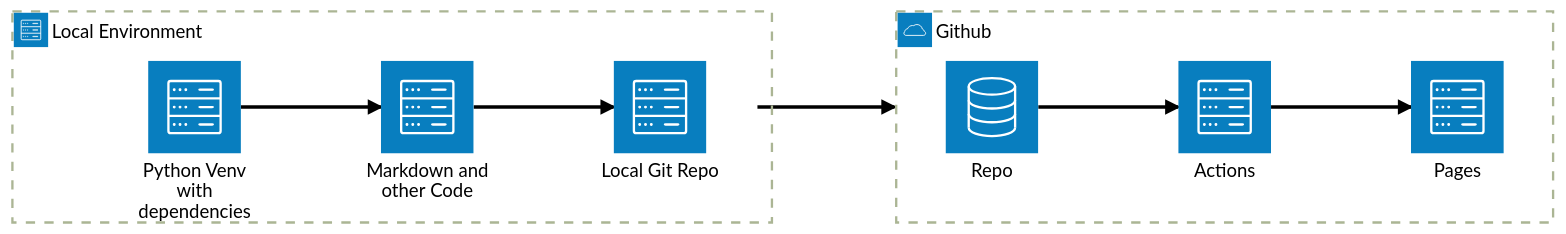
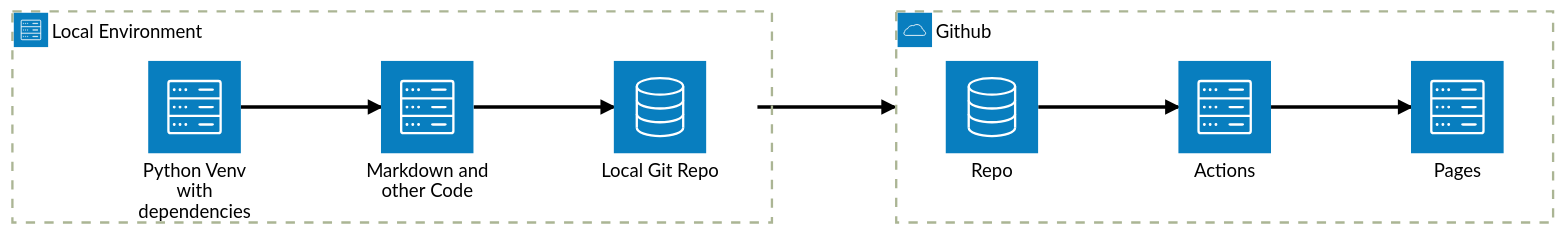
Before and after one commit to karanpreetsingh1990/hire-karan: the diagram in docs/explain-this.md, drawn with Mermaid (forest theme). The commit also changed other lines of this file and 1 other file, not shown here.

````diff
--- a/docs/explain-this.md
+++ b/docs/explain-this.md
@@ -34,22 +34,22 @@
 ``` mermaid
 architecture-beta
     group env(server)[Local Environment]
     service localrepo(server)[Python Venv with dependencies] in env
     service markdown(server)[Markdown and other Code] in env
-    service git(server)[Local Git Repo] in env
+    service git(database)[Local Git Repo] in env
 
 
     group github(cloud)[Github]
     service repository(database)[Repo] in github
     service action(server)[Actions] in github
     service deploy(server)[Pages] in github
 
     localrepo:R --> L:markdown
     markdown:R --> L:git
 
     repository:R --> L:action
     action:R --> L:deploy
 
     git{group}:R --> L:repository{group}
 
 ```
````
